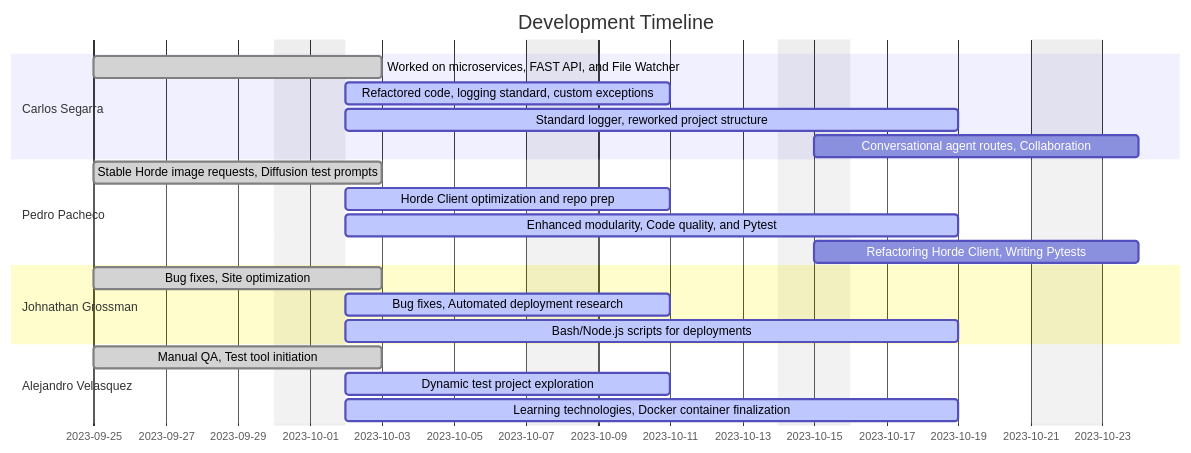
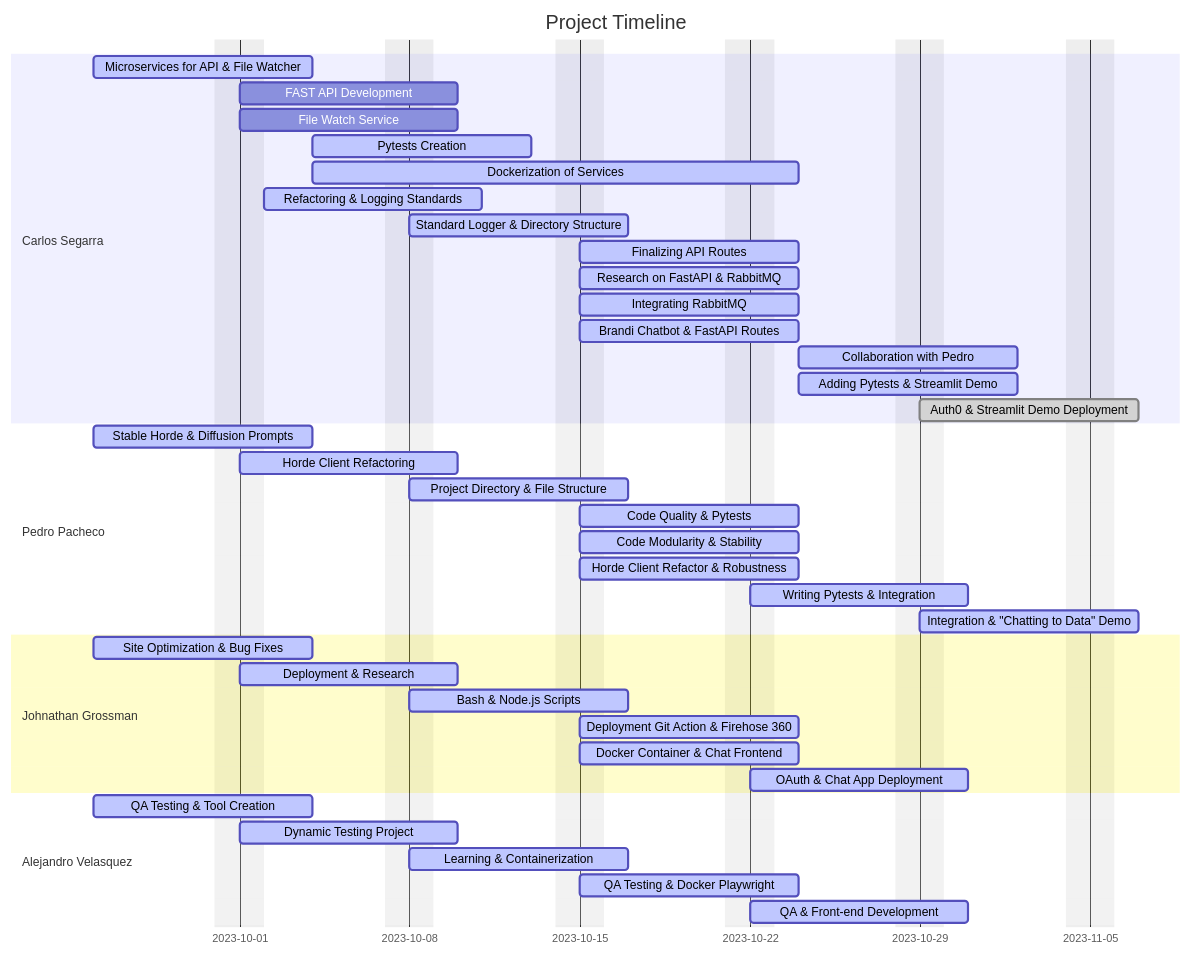
One commit to alejjuuu/AWS changed the diagram in README.md. Above: the diagram before and after it, drawn with Mermaid.

````diff
--- a/README.md
+++ b/README.md
@@ -3,29 +2,47 @@
 ```mermaid
-    gantt
-        title Development Timeline
-    
-        dateFormat  MM/DD/YY
-        excludes    weekends  // excludes weekends from the chart
-    
-        section Carlos Segarra
-        Worked on microservices, FAST API, and File Watcher :done, cs1, 09/25/23, 10/01/23
-        Refactored code, logging standard, custom exceptions :active, cs2, 10/02/23, 7d
-        Standard logger, reworked project structure :active, cs3, 10/02/23, 10/15/23
-        Conversational agent routes, Collaboration :cs4, 10/15/23, 10/22/23
-    
-        section Pedro Pacheco
-        Stable Horde image requests, Diffusion test prompts :done, pp1, 09/25/23, 10/01/23
-        Horde Client optimization and repo prep :active, pp2, 10/02/23, 7d
-        Enhanced modularity, Code quality, and Pytest :active, pp3, 10/02/23, 10/15/23
-        Refactoring Horde Client, Writing Pytests :pp4, 10/15/23, 10/22/23
-    
-        section Johnathan Grossman
-        Bug fixes, Site optimization :done, jg1, 09/25/23, 10/01/23
-        Bug fixes, Automated deployment research :active, jg2, 10/02/23, 7d
-        Bash/Node.js scripts for deployments :active, jg3, 10/02/23, 10/15/23
-    
-        section Alejandro Velasquez
-        Manual QA, Test tool initiation :done, av1, 09/25/23, 10/01/23
-        Dynamic test project exploration :active, av2, 10/02/23, 7d
-        Learning technologies, Docker container finalization :active, av3, 10/02/23, 10/15/23
+gantt
+title Project Timeline
+dateFormat YYYY-MM-DD
+excludes weekends
+section Carlos Segarra
+Microservices for API & File Watcher     :active, des1, 2023-09-25, 7d
+FAST API Development                    :after des1, 2023-10-01, 7d
+File Watch Service                      :after des1, 2023-10-01, 7d
+Pytests Creation                        :active, after des1, 7d
+Dockerization of Services               :active, after des1, 14d
+Refactoring & Logging Standards         :active, des2, 2023-10-02, 7d
+Standard Logger & Directory Structure   :active, after des2, 2023-10-08, 7d
+Finalizing API Routes                   :active, after des2, 2023-10-15, 7d
+Research on FastAPI & RabbitMQ          :active, after des2, 2023-10-15, 7d
+Integrating RabbitMQ                    :active, after des2, 2023-10-15, 7d
+Brandi Chatbot & FastAPI Routes         :active, des3, 2023-10-15, 7d
+Collaboration with Pedro                :active, after des3, 7d
+Adding Pytests & Streamlit Demo         :active, after des3, 7d
+Auth0 & Streamlit Demo Deployment       :done, after des3, 2023-10-29, 7d
+
+section Pedro Pacheco
+Stable Horde & Diffusion Prompts        :active, ped1, 2023-09-25, 7d
+Horde Client Refactoring                :active, after ped1, 2023-10-01, 7d
+Project Directory & File Structure      :active, after ped1, 2023-10-08, 7d
+Code Quality & Pytests                  :active, after ped1, 2023-10-15, 7d
+Code Modularity & Stability             :active, after ped1, 2023-10-15, 7d
+Horde Client Refactor & Robustness      :active, ped2, 2023-10-15, 7d
+Writing Pytests & Integration           :active, after ped2, 2023-10-22, 7d
+Integration & "Chatting to Data" Demo   :active, after ped2, 2023-10-29, 7d
+
+section Johnathan Grossman
+Site Optimization & Bug Fixes           :active, jon1, 2023-09-25, 7d
+Deployment & Research                   :active, after jon1, 2023-10-01, 7d
+Bash & Node.js Scripts                  :active, after jon1, 2023-10-08, 7d
+Deployment Git Action & Firehose 360    :active, after jon1, 2023-10-15, 7d
+Docker Container & Chat Frontend        :active, jon2, 2023-10-15, 7d
+OAuth & Chat App Deployment             :active, after jon2, 2023-10-22, 7d
+
+section Alejandro Velasquez
+QA Testing & Tool Creation              :active, ale1, 2023-09-25, 7d
+Dynamic Testing Project                 :active, after ale1, 2023-10-01, 7d
+Learning & Containerization             :active, after ale1, 2023-10-08, 7d
+QA Testing & Docker Playwright          :active, after ale1, 2023-10-15, 7d
+QA & Front-end Development              :active, ale2, 2023-10-22, 7d
+
 ```
````
